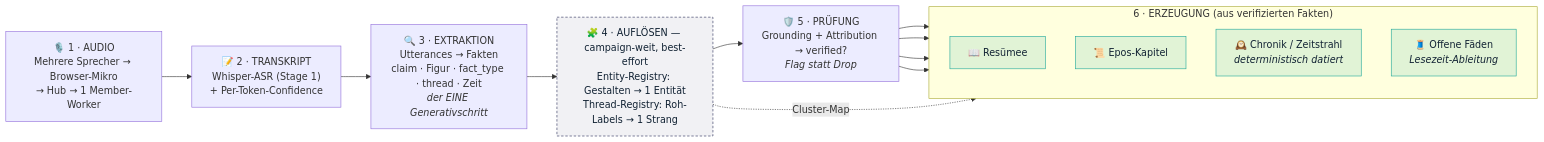
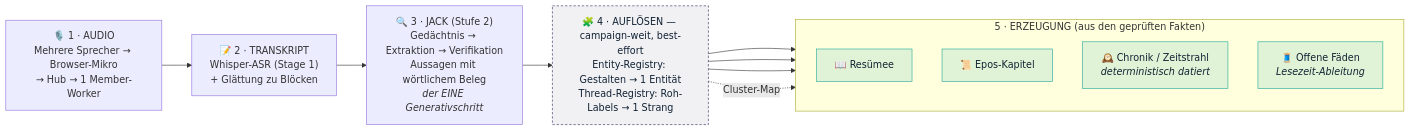
Before and after one commit to thschwald-byte/lore-tracker: the diagram in docs/pipeline.md, drawn with Mermaid. The commit also changed other lines of this file and 12 other files, not shown here.

First line of the commit message:
#1207: J4 Abbau 6 — Doku auf Jack als Stufe 2

````diff
--- a/docs/pipeline.md
+++ b/docs/pipeline.md
@@ -8,28 +9,26 @@
 ```mermaid
 flowchart LR
     A["🎙️ 1 · AUDIO<br/>Mehrere Sprecher → Browser-Mikro<br/>→ Hub → 1 Member-Worker"]
-    T["📝 2 · TRANSKRIPT<br/>Whisper-ASR (Stage 1)<br/>+ Per-Token-Confidence"]
-    E["🔍 3 · EXTRAKTION<br/>Utterances → Fakten<br/>claim · Figur · fact_type · thread · Zeit<br/><i>der EINE Generativschritt</i>"]
+    T["📝 2 · TRANSKRIPT<br/>Whisper-ASR (Stage 1)<br/>+ Glättung zu Blöcken"]
+    E["🔍 3 · JACK (Stufe 2)<br/>Gedächtnis → Extraktion → Verifikation<br/>Aussagen mit wörtlichem Beleg<br/><i>der EINE Generativschritt</i>"]
     R["🧩 4 · AUFLÖSEN — campaign-weit, best-effort<br/>Entity-Registry: Gestalten → 1 Entität<br/>Thread-Registry: Roh-Labels → 1 Strang"]
-    V["🛡️ 5 · PRÜFUNG<br/>Grounding + Attribution → verified?<br/><i>Flag statt Drop</i>"]
 
-    subgraph G["6 · ERZEUGUNG (aus verifizierten Fakten)"]
+    subgraph G["5 · ERZEUGUNG (aus den geprüften Fakten)"]
         direction TB
         S["📖 Resümee"]
         Ep["📜 Epos-Kapitel"]
         C["🕰️ Chronik / Zeitstrahl<br/><i>deterministisch datiert</i>"]
         Th["🧵 Offene Fäden<br/><i>Lesezeit-Ableitung</i>"]
     end
 
-    A --> T --> E --> R --> V
-    V --> S
-    V --> Ep
-    V --> C
-    V --> Th
+    A --> T --> E --> R
+    R --> S
+    R --> Ep
+    R --> C
     R -. Cluster-Map .-> Th
 
     classDef gen fill:#1FA89A22,stroke:#1FA89A,color:#123;
     classDef best fill:#2B2E5A11,stroke:#2B2E5A,stroke-dasharray:4 3,color:#123;
     class S,Ep,C,Th gen;
     class R best;
 ```
````
